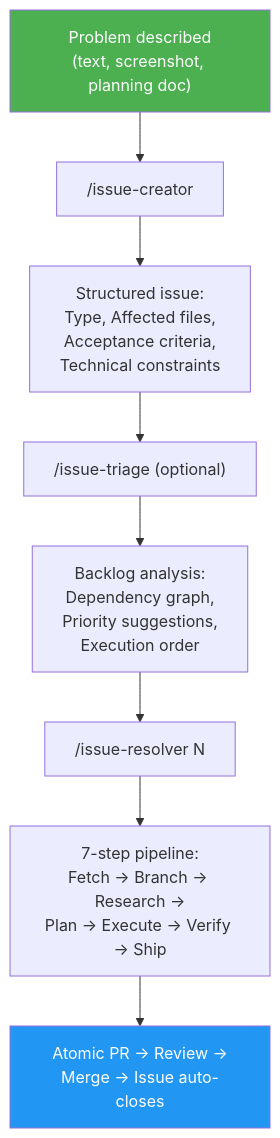
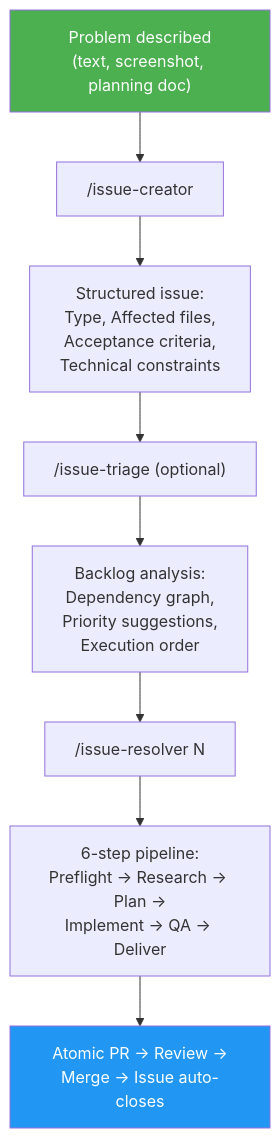
The first of 2 diagrams in docs/idd-methodology.md (luongnv89/idd), drawn with Mermaid before and after one commit. The commit also changed 38 other files, not shown here.

````diff
--- a/docs/idd-methodology.md
+++ b/docs/idd-methodology.md
@@ -96,13 +96,13 @@
 ```mermaid
 graph TD
     A["Problem described<br/>(text, screenshot, planning doc)"] --> B["/issue-creator"]
     B --> C["Structured issue:<br/>Type, Affected files,<br/>Acceptance criteria,<br/>Technical constraints"]
     C --> D["/issue-triage (optional)"]
     D --> E["Backlog analysis:<br/>Dependency graph,<br/>Priority suggestions,<br/>Execution order"]
     E --> F["/issue-resolver N"]
-    F --> G["7-step pipeline:<br/>Fetch → Branch → Research →<br/>Plan → Execute → Verify → Ship"]
+    F --> G["6-step pipeline:<br/>Preflight → Research → Plan →<br/>Implement → QA → Deliver"]
     G --> H["Atomic PR → Review →<br/>Merge → Issue auto-closes"]
 
     style A fill:#4CAF50,color:#fff
     style H fill:#2196F3,color:#fff
 ```
````
